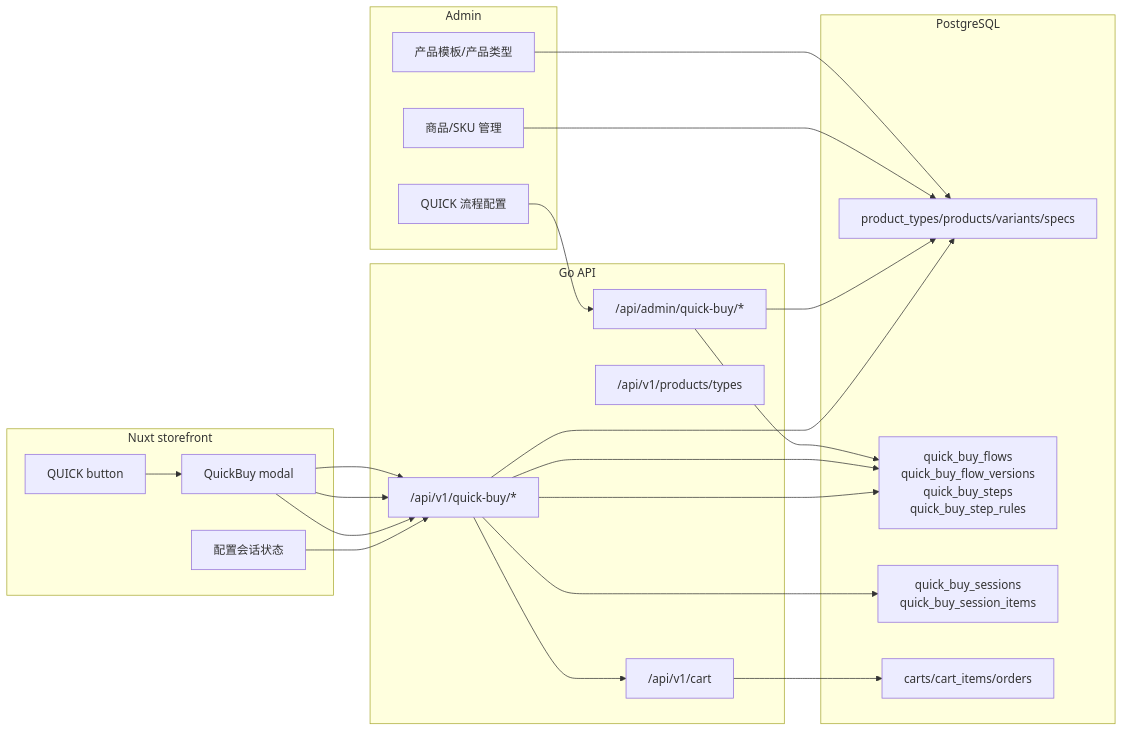
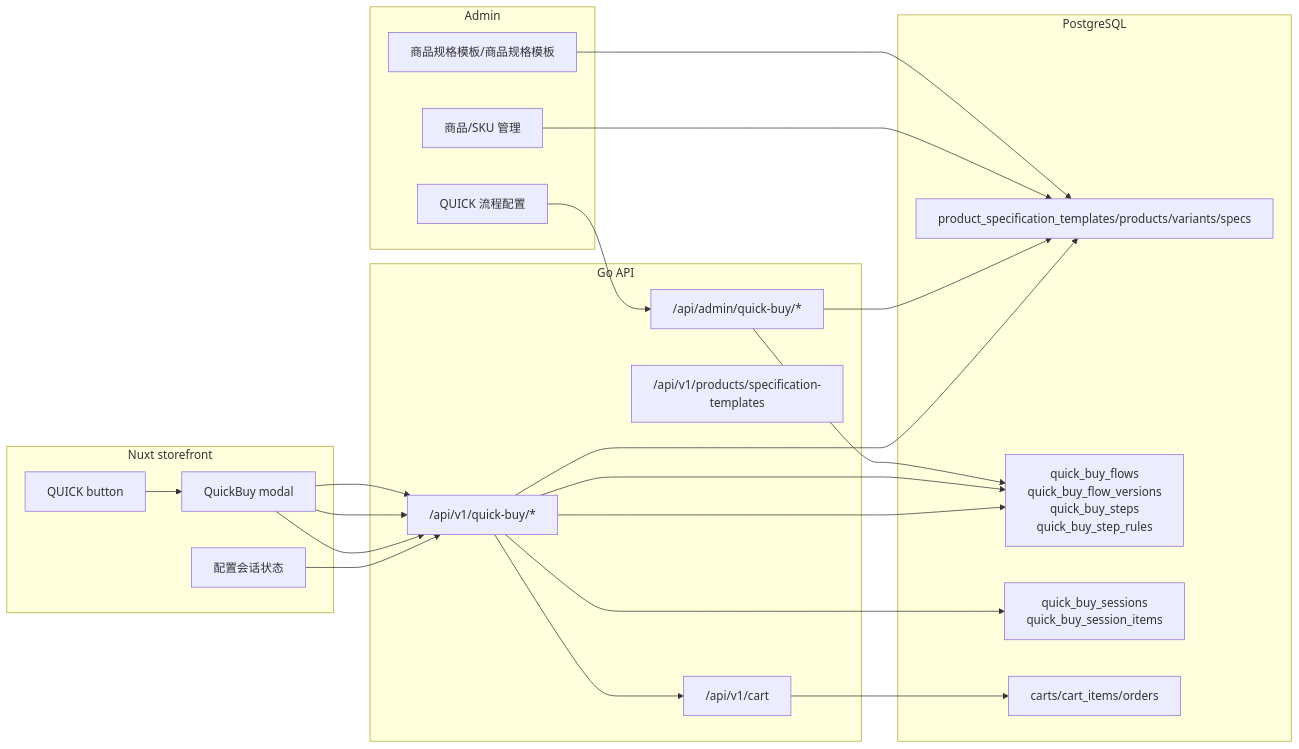
One commit to tanzanite2025/H-gripe-theme changed the diagram in docs/design/quick-buy-configuration-architecture.md. Above: the diagram before and after it, drawn with Mermaid. The commit also changed other lines of this file and 840 other files, not shown here.

Commit message:
Implement reliable customer service realtime architecture

````diff
--- a/docs/design/quick-buy-configuration-architecture.md
+++ b/docs/design/quick-buy-configuration-architecture.md
@@ -103,40 +103,40 @@
 ```mermaid
 flowchart LR
     subgraph Admin["Admin"]
         FlowEditor["QUICK 流程配置"]
-        ProductTypeAdmin["产品模板/产品类型"]
+        ProductSpecificationTemplateAdmin["商品规格模板/商品规格模板"]
         ProductAdmin["商品/SKU 管理"]
     end
 
     subgraph API["Go API"]
         QuickAdminAPI["/api/admin/quick-buy/*"]
         QuickPublicAPI["/api/v1/quick-buy/*"]
-        ProductAPI["/api/v1/products/types"]
+        ProductAPI["/api/v1/products/specification-templates"]
         CartAPI["/api/v1/cart"]
     end
 
     subgraph DB["PostgreSQL"]
-        ProductFacts["product_types/products/variants/specs"]
+        ProductFacts["product_specification_templates/products/variants/specs"]
         FlowFacts["quick_buy_flows<br/>quick_buy_flow_versions<br/>quick_buy_steps<br/>quick_buy_step_rules"]
         SessionFacts["quick_buy_sessions<br/>quick_buy_session_items"]
         CartFacts["carts/cart_items/orders"]
     end
 
     subgraph Storefront["Nuxt storefront"]
         Dock["QUICK button"]
         Modal["QuickBuy modal"]
         SessionStore["配置会话状态"]
     end
 
-    ProductTypeAdmin --> ProductFacts
+    ProductSpecificationTemplateAdmin --> ProductFacts
     ProductAdmin --> ProductFacts
     FlowEditor --> QuickAdminAPI --> FlowFacts
     QuickAdminAPI --> ProductFacts
     Dock --> Modal
     Modal --> QuickPublicAPI --> FlowFacts
     Modal --> QuickPublicAPI --> FlowFacts
     QuickPublicAPI --> ProductFacts
     Modal --> QuickPublicAPI --> SessionFacts
     QuickPublicAPI --> CartAPI --> CartFacts
     SessionStore --> QuickPublicAPI
 ```
````
